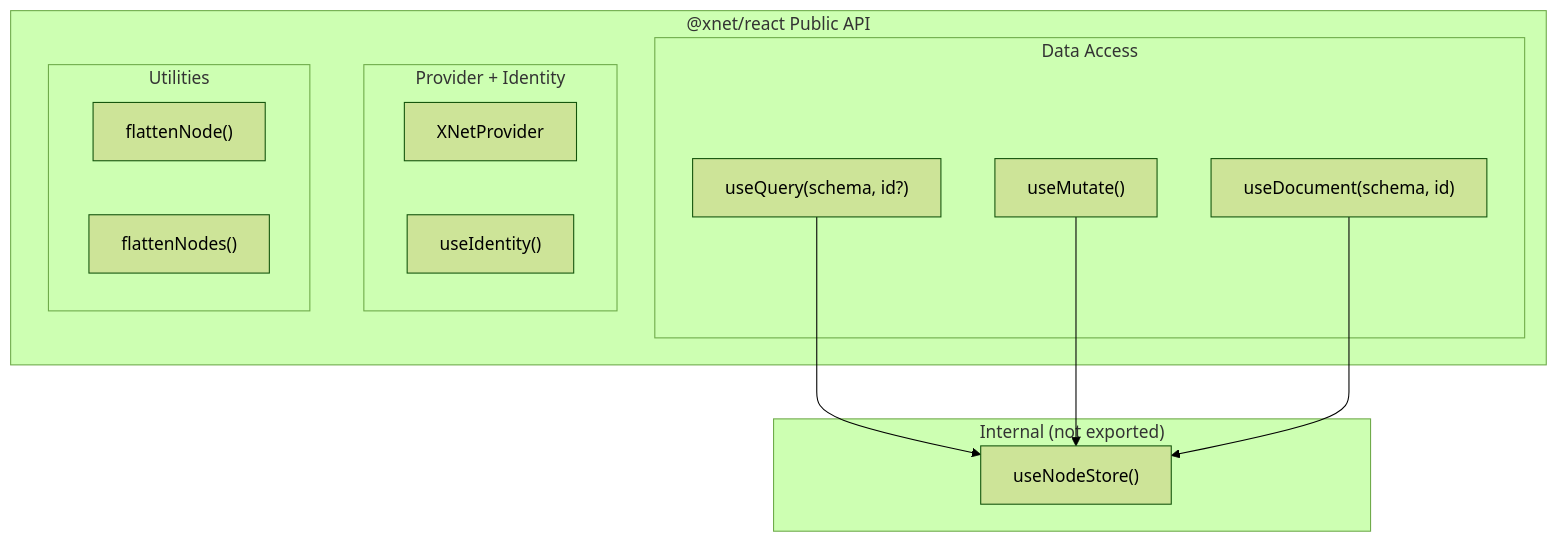
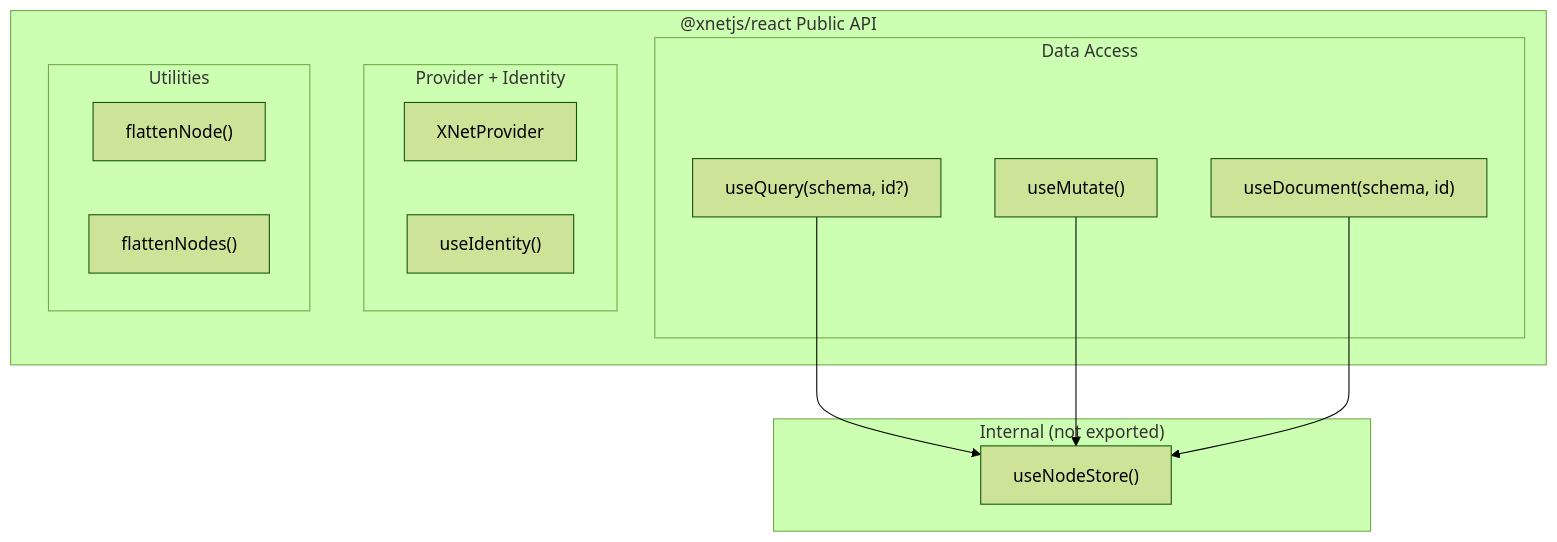
The fourth of 4 diagrams in docs/explorations/0013_[x]_REACT_HOOKS_SIMPLIFICATION.md (crs48/xNet), drawn with Mermaid (forest theme) before and after one commit. The commit also changed other lines of this file and 980 other files, not shown here.

````diff
--- a/docs/explorations/0013_[x]_REACT_HOOKS_SIMPLIFICATION.md
+++ b/docs/explorations/0013_[x]_REACT_HOOKS_SIMPLIFICATION.md
@@ -249,27 +249,27 @@
 ```mermaid
 flowchart TB
-    subgraph "@xnet/react Public API"
+    subgraph "@xnetjs/react Public API"
         subgraph "Data Access"
             Q["useQuery(schema, id?)"]
             M["useMutate()"]
             D["useDocument(schema, id)"]
         end
 
         subgraph "Provider + Identity"
             XP["XNetProvider"]
             ID["useIdentity()"]
         end
 
         subgraph "Utilities"
             FN["flattenNode()"]
             FNS["flattenNodes()"]
         end
     end
 
     subgraph "Internal (not exported)"
         UNS["useNodeStore()"]
         Q --> UNS
         M --> UNS
         D --> UNS
     end
 ```
````
